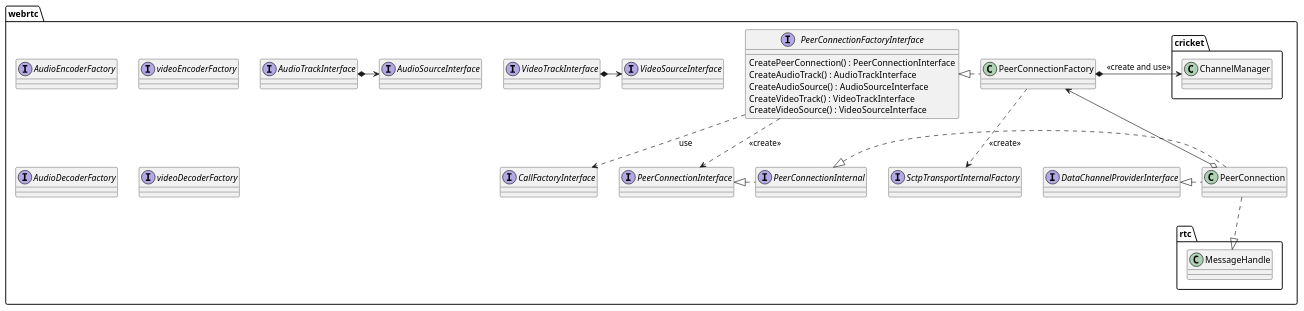
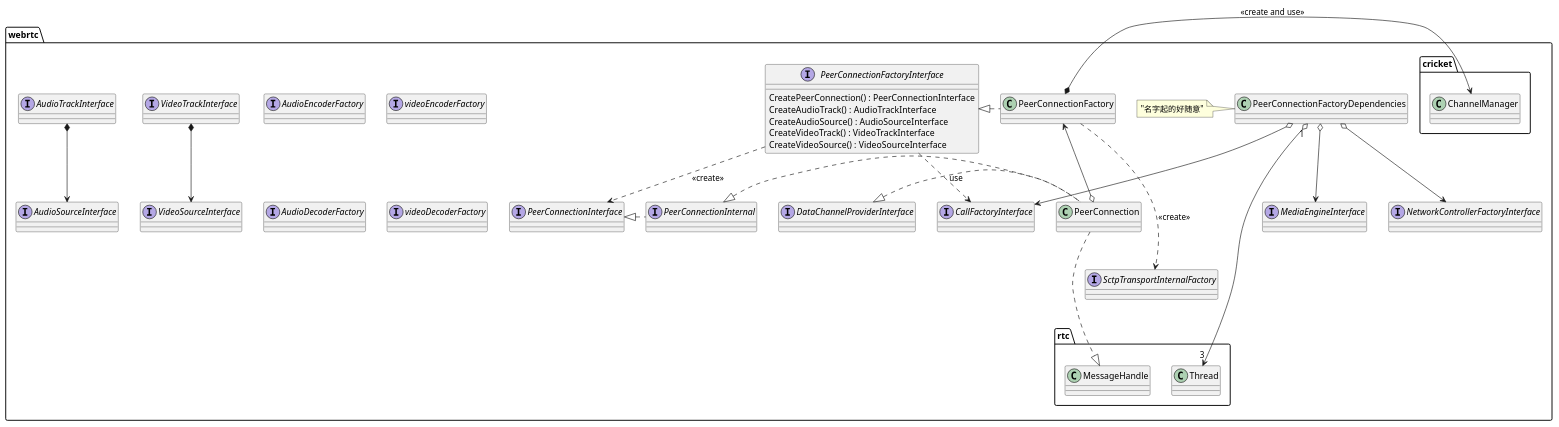
Before and after one commit to mingxin505/webrtcNote: the diagram in webrtc_chrome/peerconnection.md, drawn with PlantUML. The commit also changed 3 other files, not shown here.

````diff
--- a/webrtc_chrome/peerconnection.md
+++ b/webrtc_chrome/peerconnection.md
@@ -1,41 +1,50 @@
 ```plantuml
 page 2x2
 package webrtc {
     interface CallFactoryInterface
     interface SctpTransportInternalFactory
     interface AudioEncoderFactory
     interface videoEncoderFactory
     interface AudioDecoderFactory
     interface videoDecoderFactory
     interface PeerConnectionInterface
     interface VideoSourceInterface
     interface VideoTrackInterface
     interface AudioSourceInterface
     interface AudioTrackInterface
     interface DataChannelProviderInterface
     interface PeerConnectionInternal
     interface PeerConnectionInterface
+    interface MediaEngineInterface
+    interface NetworkControllerFactoryInterface
+    interface CallFactoryInterface
     interface PeerConnectionFactoryInterface {
         CreatePeerConnection() : PeerConnectionInterface
         CreateAudioTrack() : AudioTrackInterface
         CreateAudioSource() : AudioSourceInterface
         CreateVideoTrack() : VideoTrackInterface
         CreateVideoSource() : VideoSourceInterface
     }
     class PeerConnectionFactory {
 
     }
+    class PeerConnectionFactoryDependencies
+    note left: "名字起的好随意"
+    PeerConnectionFactoryDependencies "1" o--> "3" rtc.Thread
+    PeerConnectionFactoryDependencies o--> CallFactoryInterface
+    PeerConnectionFactoryDependencies o--> MediaEngineInterface
+    PeerConnectionFactoryDependencies o--> NetworkControllerFactoryInterface
     PeerConnectionFactoryInterface ..> CallFactoryInterface : use
     PeerConnectionFactoryInterface ..> PeerConnectionInterface : <<create>>
     PeerConnectionFactory *-> cricket.ChannelManager : <<create and use>>
     PeerConnectionFactory ..left.|> PeerConnectionFactoryInterface
-    PeerConnection ..|> rtc.MessageHandle
-    PeerConnection .left.|> DataChannelProviderInterface
-    PeerConnection .left.|> PeerConnectionInternal
-    PeerConnectionInternal .left.|>PeerConnectionInterface
+    PeerConnection ...|> rtc.MessageHandle
+    PeerConnection .left..|> DataChannelProviderInterface
+    PeerConnection .left..|> PeerConnectionInternal
+    PeerConnectionInternal ..left.|>PeerConnectionInterface
     PeerConnection o-up-> PeerConnectionFactory
-    PeerConnectionFactory ..> SctpTransportInternalFactory : <<create>>
-    VideoTrackInterface *-> VideoSourceInterface
-    AudioTrackInterface *-> AudioSourceInterface
+    PeerConnectionFactory ...> SctpTransportInternalFactory : <<create>>
+    VideoTrackInterface *--> VideoSourceInterface
+    AudioTrackInterface *--> AudioSourceInterface
 }
 ```
````
